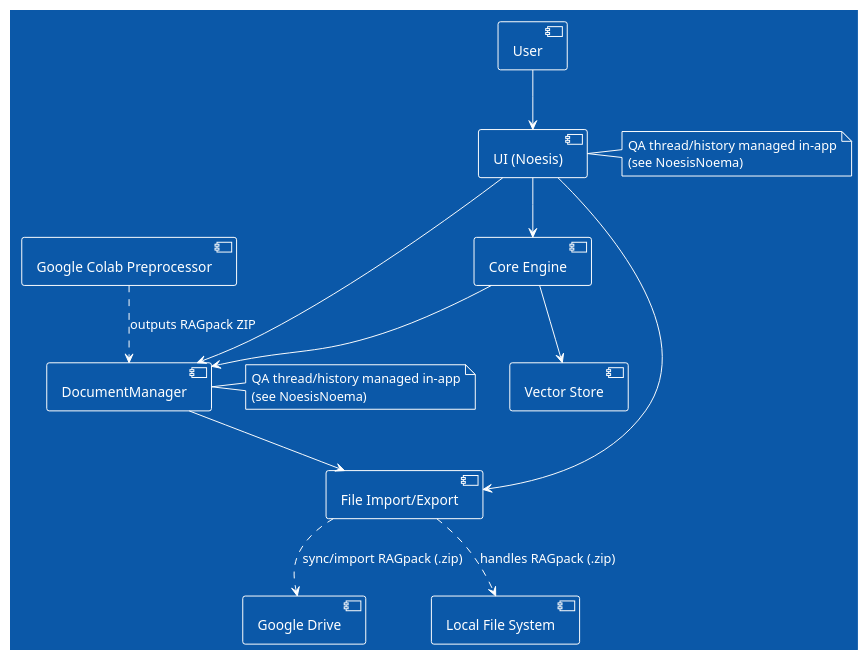
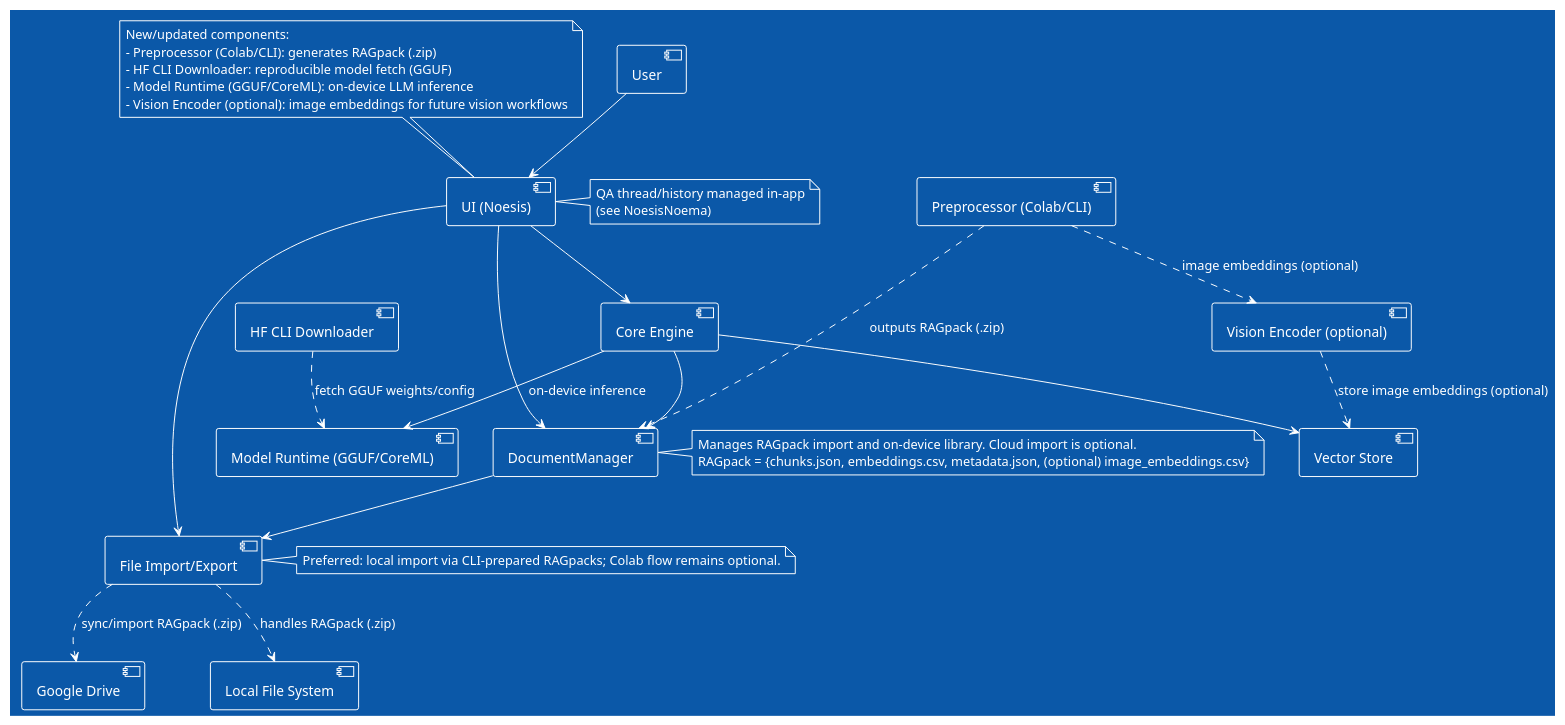
Before and after one commit to raskolnikoff/RAGfish: the diagram in docs/uml/ComponentDiagram.puml, drawn with PlantUML. The commit also changed 15 other files, not shown here.

```diff
--- a/docs/uml/ComponentDiagram.puml
+++ b/docs/uml/ComponentDiagram.puml
@@ -1,29 +1,47 @@
 @startuml
 !theme plain
 !theme amiga
+
+note as N_LEGEND
+  New/updated components:
+  - Preprocessor (Colab/CLI): generates RAGpack (.zip)
+  - HF CLI Downloader: reproducible model fetch (GGUF)
+  - Model Runtime (GGUF/CoreML): on-device LLM inference
+  - Vision Encoder (optional): image embeddings for future vision workflows
+end note
+N_LEGEND -[hidden]- [UI (Noesis)]
 
 [User] --> [UI (Noesis)]
 [UI (Noesis)] --> [Core Engine]
 [UI (Noesis)] --> [DocumentManager]
 [UI (Noesis)] --> [File Import/Export]
 
 note right of [UI (Noesis)]
   QA thread/history managed in-app
   (see NoesisNoema)
 end note
 
 note right of [DocumentManager]
-  QA thread/history managed in-app
-  (see NoesisNoema)
+  Manages RAGpack import and on-device library. Cloud import is optional.
+  RAGpack = {chunks.json, embeddings.csv, metadata.json, (optional) image_embeddings.csv}
 end note
 
 [Core Engine] --> [Vector Store]
 [Core Engine] --> [DocumentManager]
 
 [DocumentManager] --> [File Import/Export]
 [File Import/Export] ..> [Google Drive] : sync/import RAGpack (.zip)
 [File Import/Export] ..> [Local File System] : handles RAGpack (.zip)
 
-[Google Colab Preprocessor] ..> [DocumentManager] : outputs RAGpack ZIP
+note right of [File Import/Export]
+  Preferred: local import via CLI-prepared RAGpacks; Colab flow remains optional.
+end note
+
+[Preprocessor (Colab/CLI)] ..> [DocumentManager] : outputs RAGpack (.zip)
+[Preprocessor (Colab/CLI)] ..> [Vision Encoder (optional)] : image embeddings (optional)
+[Vision Encoder (optional)] ..> [Vector Store] : store image embeddings (optional)
+
+[HF CLI Downloader] ..> [Model Runtime (GGUF/CoreML)] : fetch GGUF weights/config
+[Core Engine] --> [Model Runtime (GGUF/CoreML)] : on-device inference
 
 @enduml
```
